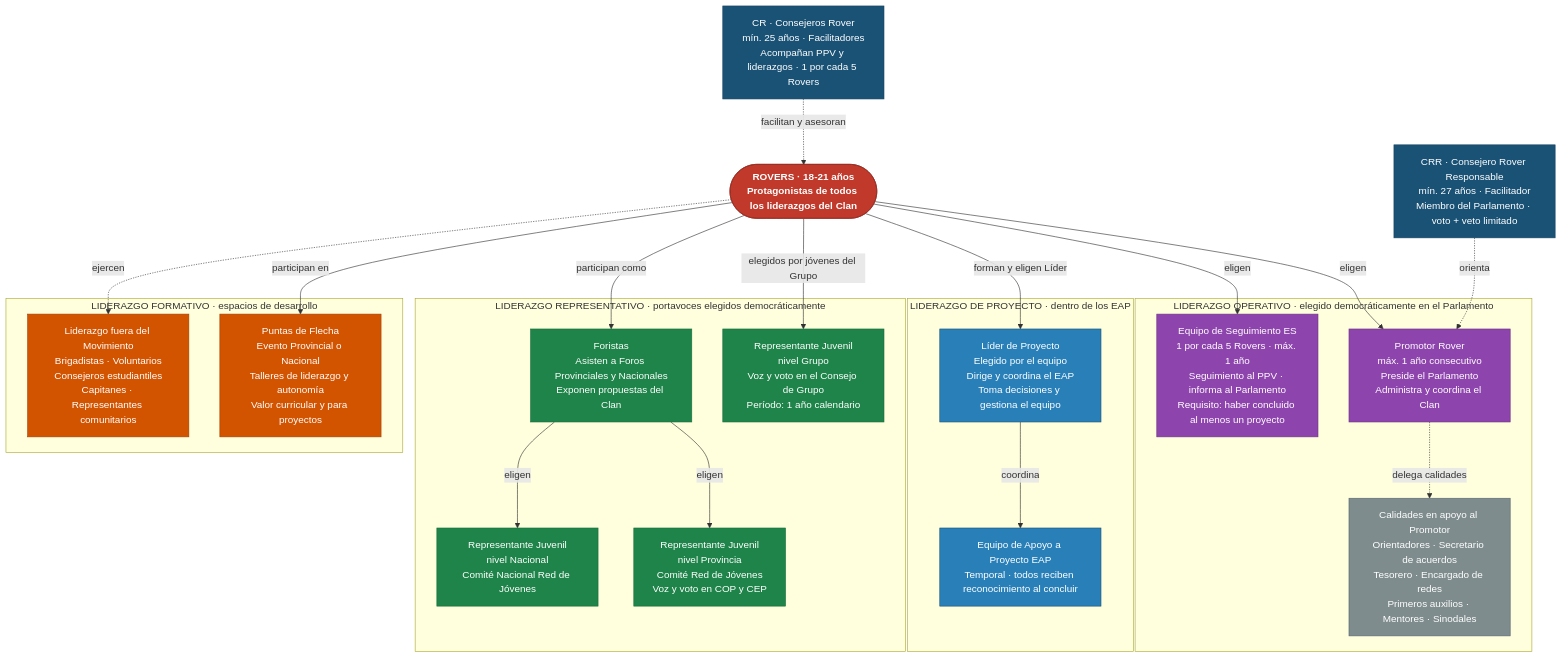
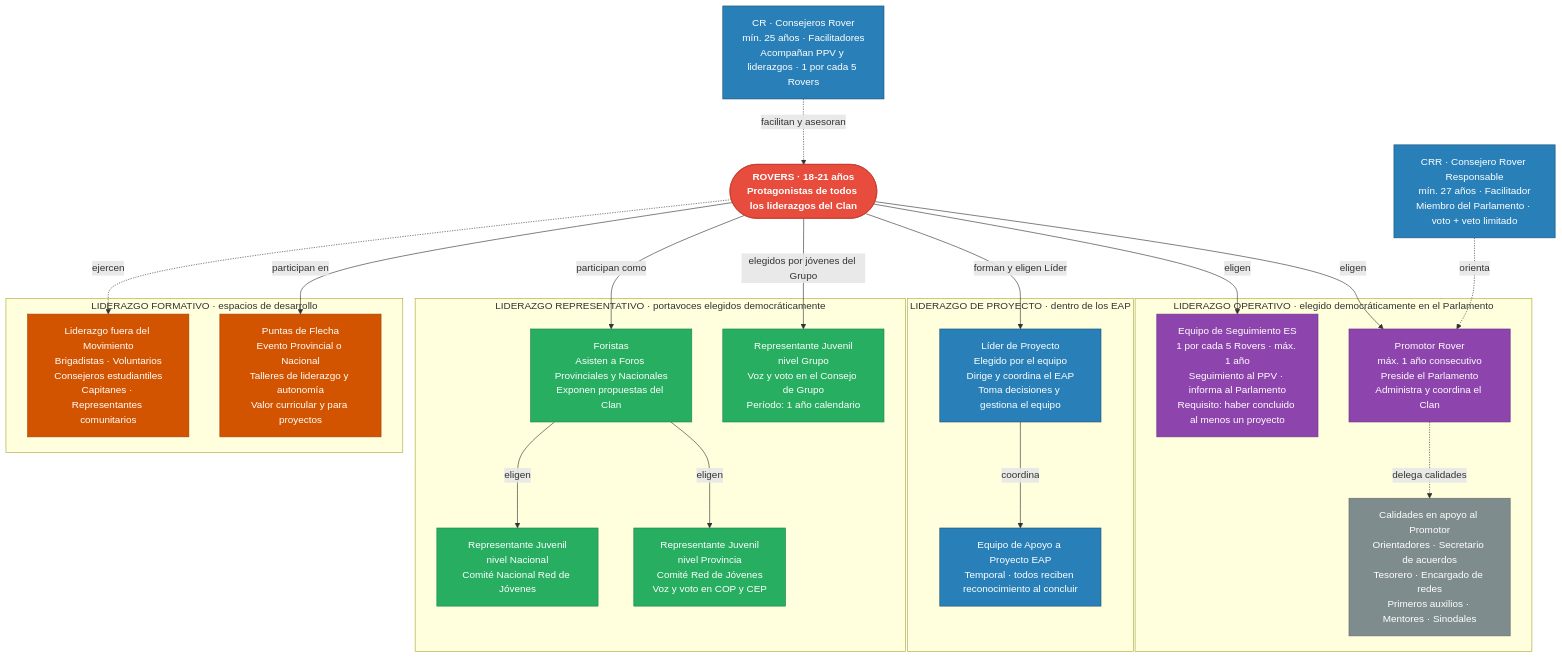
Before and after one commit to conecta-clanes/my-website: the diagram in docs/base-conocimiento/tips-consejeros/liderazgo-clan-rovers.md, drawn with Mermaid. The commit also changed other lines of this file and 51 other files, not shown here.

````diff
--- a/docs/base-conocimiento/tips-consejeros/liderazgo-clan-rovers.md
+++ b/docs/base-conocimiento/tips-consejeros/liderazgo-clan-rovers.md
@@ -16,61 +16,61 @@
 ```mermaid
 flowchart TB
 
     RV(["ROVERS · 18-21 años<BR>Protagonistas de todos los liderazgos del Clan"])
 
     subgraph OP["LIDERAZGO OPERATIVO · elegido democráticamente en el Parlamento"]
         PR["Promotor Rover<BR>máx. 1 año consecutivo<BR>Preside el Parlamento<BR>Administra y coordina el Clan"]
         CAL["Calidades en apoyo al Promotor<BR>Orientadores · Secretario de acuerdos<BR>Tesorero · Encargado de redes<BR>Primeros auxilios · Mentores · Sinodales"]
         ES["Equipo de Seguimiento ES<BR>1 por cada 5 Rovers · máx. 1 año<BR>Seguimiento al PPV · informa al Parlamento<BR>Requisito: haber concluido al menos un proyecto"]
     end
 
     subgraph PROY["LIDERAZGO DE PROYECTO · dentro de los EAP"]
         LP["Líder de Proyecto<BR>Elegido por el equipo<BR>Dirige y coordina el EAP<BR>Toma decisiones y gestiona el equipo"]
         EAP["Equipo de Apoyo a Proyecto EAP<BR>Temporal · todos reciben reconocimiento al concluir"]
     end
 
     subgraph REP["LIDERAZGO REPRESENTATIVO · portavoces elegidos democráticamente"]
         REP_G["Representante Juvenil<BR>nivel Grupo<BR>Voz y voto en el Consejo de Grupo<BR>Período: 1 año calendario"]
         FOR["Foristas<BR>Asisten a Foros Provinciales y Nacionales<BR>Exponen propuestas del Clan"]
         REP_P["Representante Juvenil<BR>nivel Provincia<BR>Comité Red de Jóvenes<BR>Voz y voto en COP y CEP"]
         REP_N["Representante Juvenil<BR>nivel Nacional<BR>Comité Nacional Red de Jóvenes"]
     end
 
     subgraph FORM["LIDERAZGO FORMATIVO · espacios de desarrollo"]
         PF["Puntas de Flecha<BR>Evento Provincial o Nacional<BR>Talleres de liderazgo y autonomía<BR>Valor curricular y para proyectos"]
         EXT["Liderazgo fuera del Movimiento<BR>Brigadistas · Voluntarios<BR>Consejeros estudiantiles<BR>Capitanes · Representantes comunitarios"]
     end
 
     CRR["CRR · Consejero Rover Responsable<BR>mín. 27 años · Facilitador<BR>Miembro del Parlamento · voto + veto limitado"]
     CR["CR · Consejeros Rover<BR>mín. 25 años · Facilitadores<BR>Acompañan PPV y liderazgos · 1 por cada 5 Rovers"]
 
     RV -->|"eligen"| PR
     RV -->|"eligen"| ES
     PR -.->|"delega calidades"| CAL
     RV -->|"forman y eligen Líder"| LP
     LP -->|"coordina"| EAP
     RV -->|"elegidos por jóvenes del Grupo"| REP_G
     RV -->|"participan como"| FOR
     FOR -->|"eligen"| REP_P
     FOR -->|"eligen"| REP_N
     RV -->|"participan en"| PF
     RV -.->|"ejercen"| EXT
     CRR -.->|"orienta"| PR
     CR -.->|"facilitan y asesoran"| RV
 
-    classDef rovers fill:#c0392b,stroke:#922b21,color:#fff,font-weight:bold
+    classDef rovers fill:#e74c3c,stroke:#c0392b,color:#fff,font-weight:bold
     classDef operativo fill:#8e44ad,stroke:#6c3483,color:#fff
     classDef proyecto fill:#2980b9,stroke:#1a5276,color:#fff
-    classDef rep fill:#1e8449,stroke:#196f3d,color:#fff
+    classDef rep fill:#27ae60,stroke:#1e8449,color:#fff
     classDef formativo fill:#d35400,stroke:#a04000,color:#fff
-    classDef adulto fill:#1a5276,stroke:#154360,color:#fff
-    classDef calidad fill:#7f8c8d,stroke:#566573,color:#fff
+    classDef adulto fill:#2980b9,stroke:#1a5276,color:#fff
+    classDef calidad fill:#7f8c8d,stroke:#616a6b,color:#fff
 
     class RV rovers
     class PR,ES operativo
     class LP,EAP proyecto
     class REP_G,FOR,REP_P,REP_N rep
     class PF,EXT formativo
     class CRR,CR adulto
     class CAL calidad
 ```
````
